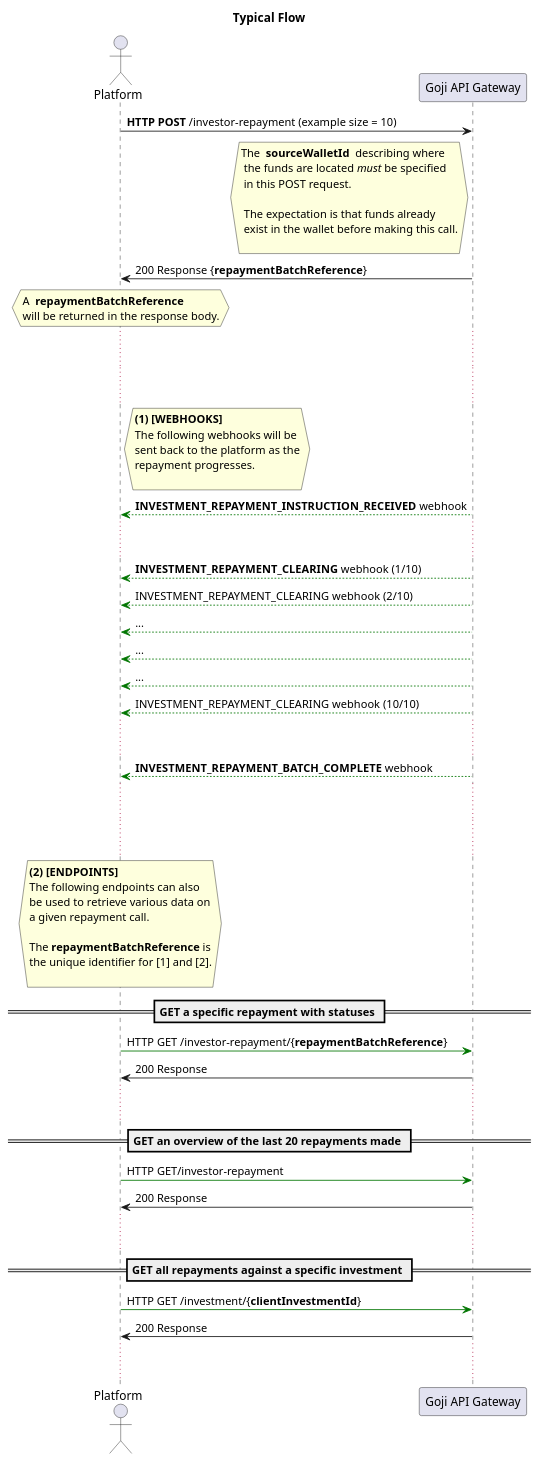
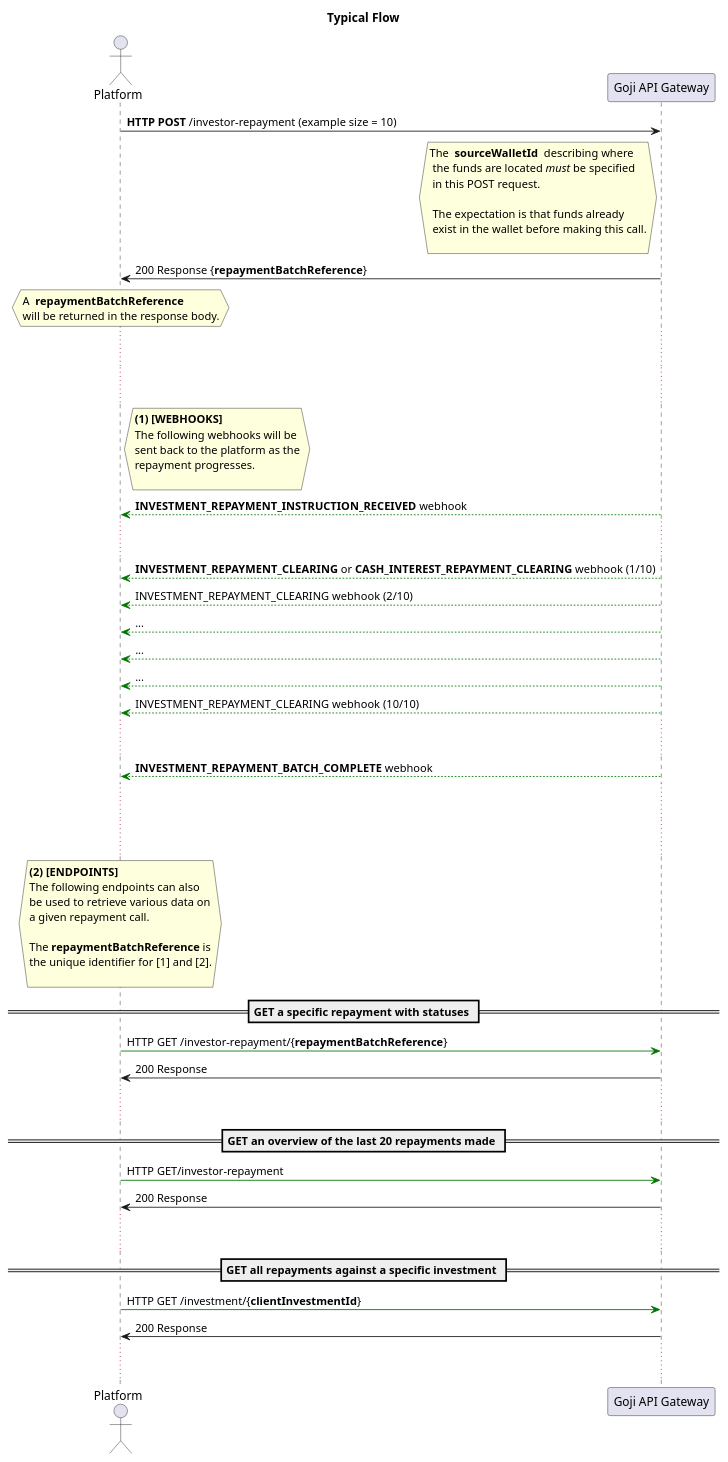
Before and after one commit to Goji-P2P/slate: the diagram in images/settlement/images/repayments_flow_high_level.puml, drawn with PlantUML. The commit also changed 2 other files, not shown here.

```diff
--- a/images/settlement/images/repayments_flow_high_level.puml
+++ b/images/settlement/images/repayments_flow_high_level.puml
@@ -1,86 +1,86 @@
 @startuml
 
 title Typical Flow
 skinparam responseMessageBelowArrow true
 actor "Platform" as other
 participant "Goji API Gateway" as api
 
 other -> api : <b>HTTP POST</b> /investor-repayment (example size = 10)
 hnote left api
 The <b> sourceWalletId </b> describing where
  the funds are located <i>must</i> be specified
  in this POST request.
 
  The expectation is that funds already
  exist in the wallet before making this call.
 
 end note
 api -> other : 200 Response {<b>repaymentBatchReference</b>}
 hnote over other
 A <b> repaymentBatchReference </b>
 will be returned in the response body.
 end note
 
 
 ...  ...
 ...  ...
 
 hnote right other
 <b>(1) [WEBHOOKS]</b>
 The following webhooks will be
 sent back to the platform as the
 repayment progresses.
 
 end note
 
 api -[#007500]-> other : <b>INVESTMENT_REPAYMENT_INSTRUCTION_RECEIVED</b> webhook
 ... ...
-api -[#007500]-> other : <b>INVESTMENT_REPAYMENT_CLEARING</b> webhook (1/10)
+api -[#007500]-> other : <b>INVESTMENT_REPAYMENT_CLEARING</b> or <b>CASH_INTEREST_REPAYMENT_CLEARING</b> webhook (1/10)
 api -[#007500]-> other : INVESTMENT_REPAYMENT_CLEARING webhook (2/10)
 api -[#007500]-> other : ...
 api -[#007500]-> other : ...
 api -[#007500]-> other : ...
 api -[#007500]-> other : INVESTMENT_REPAYMENT_CLEARING webhook (10/10)
 ... ...
 api -[#007500]-> other : <b>INVESTMENT_REPAYMENT_BATCH_COMPLETE</b> webhook
 
 ... ...
 ... ...
 
 hnote over other
 <b>(2) [ENDPOINTS]</b>
 The following endpoints can also
 be used to retrieve various data on
 a given repayment call.
 
 The <b>repaymentBatchReference</b> is
 the unique identifier for [1] and [2].
 
 end note
 
 == GET a specific repayment with statuses ==
 other -[#007500]> api : HTTP GET /investor-repayment/{<b>repaymentBatchReference</b>}
 api -> other : 200 Response
 
 ... ...
 
 
 == GET an overview of the last 20 repayments made ==
 other -[#007500]> api : HTTP GET/investor-repayment
 api -> other : 200 Response
 
 ... ...
 
 == GET all repayments against a specific investment ==
 other -[#007500]> api : HTTP GET /investment/{<b>clientInvestmentId</b>}
 api -> other : 200 Response
 
 ... ...
 
 
 
 
 
 
 
-@enduml 
+@enduml
```
